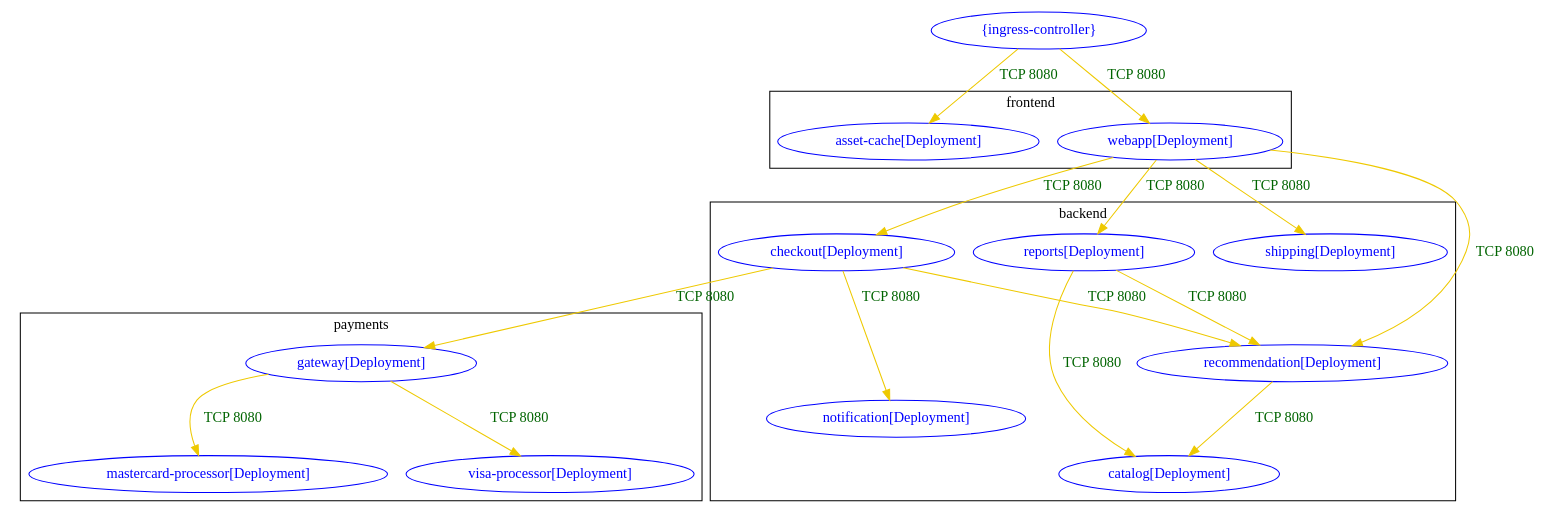
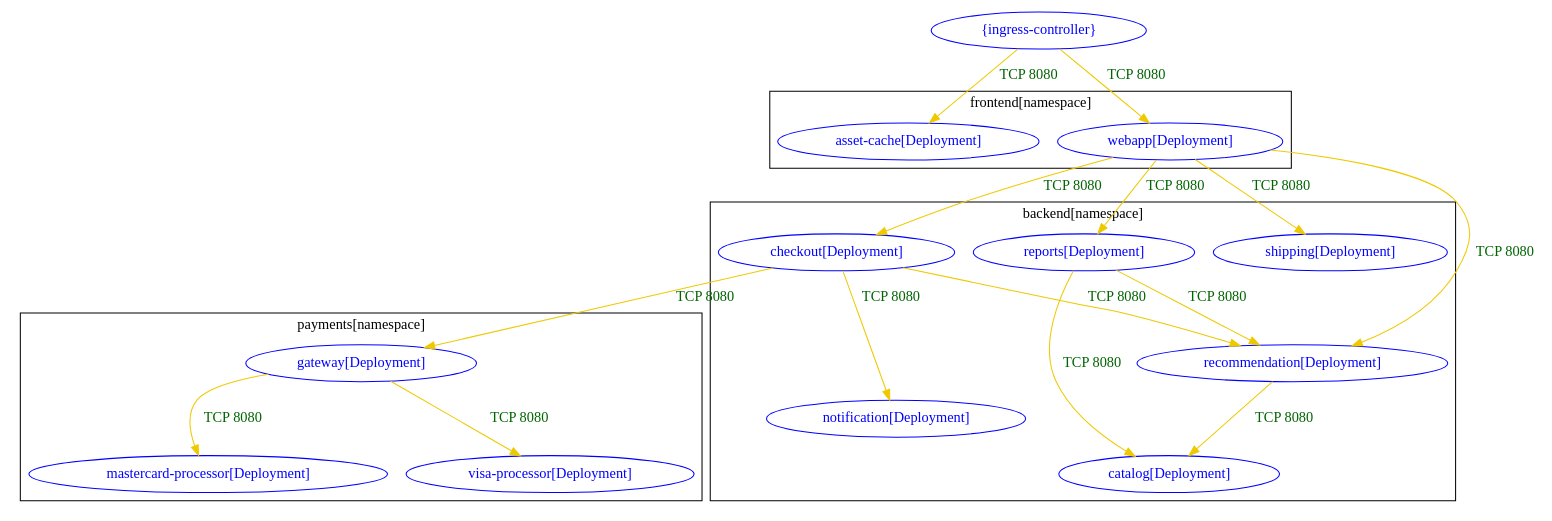
The diagram in test_outputs/connlist/acs-security-demos_connlist_output.dot (np-guard/netpol-analyzer), drawn with Graphviz before and after one commit. The commit also changed 475 other files, not shown here.

Commit message:
dot/graph output : add [namespace] to the namespace group name (unless it is a udn)

```diff
--- a/test_outputs/connlist/acs-security-demos_connlist_output.dot
+++ b/test_outputs/connlist/acs-security-demos_connlist_output.dot
@@ -1,43 +1,43 @@
 digraph {
-	subgraph "cluster_backend" {
+	subgraph "cluster_backend[namespace]" {
 		color="black"
 		fontcolor="black"
 		"backend/catalog[Deployment]" [label="catalog[Deployment]" color="blue" fontcolor="blue"]
 		"backend/checkout[Deployment]" [label="checkout[Deployment]" color="blue" fontcolor="blue"]
 		"backend/notification[Deployment]" [label="notification[Deployment]" color="blue" fontcolor="blue"]
 		"backend/recommendation[Deployment]" [label="recommendation[Deployment]" color="blue" fontcolor="blue"]
 		"backend/reports[Deployment]" [label="reports[Deployment]" color="blue" fontcolor="blue"]
 		"backend/shipping[Deployment]" [label="shipping[Deployment]" color="blue" fontcolor="blue"]
-		label="backend"
+		label="backend[namespace]"
 	}
-	subgraph "cluster_frontend" {
+	subgraph "cluster_frontend[namespace]" {
 		color="black"
 		fontcolor="black"
 		"frontend/asset-cache[Deployment]" [label="asset-cache[Deployment]" color="blue" fontcolor="blue"]
 		"frontend/webapp[Deployment]" [label="webapp[Deployment]" color="blue" fontcolor="blue"]
-		label="frontend"
+		label="frontend[namespace]"
 	}
-	subgraph "cluster_payments" {
+	subgraph "cluster_payments[namespace]" {
 		color="black"
 		fontcolor="black"
 		"payments/gateway[Deployment]" [label="gateway[Deployment]" color="blue" fontcolor="blue"]
 		"payments/mastercard-processor[Deployment]" [label="mastercard-processor[Deployment]" color="blue" fontcolor="blue"]
 		"payments/visa-processor[Deployment]" [label="visa-processor[Deployment]" color="blue" fontcolor="blue"]
-		label="payments"
+		label="payments[namespace]"
 	}
 	"{ingress-controller}" [label="{ingress-controller}" color="blue" fontcolor="blue"]
 	"backend/checkout[Deployment]" -> "backend/notification[Deployment]" [label="TCP 8080" color="gold2" fontcolor="darkgreen" weight=0.5]
 	"backend/checkout[Deployment]" -> "backend/recommendation[Deployment]" [label="TCP 8080" color="gold2" fontcolor="darkgreen" weight=0.5]
 	"backend/checkout[Deployment]" -> "payments/gateway[Deployment]" [label="TCP 8080" color="gold2" fontcolor="darkgreen" weight=0.5]
 	"backend/recommendation[Deployment]" -> "backend/catalog[Deployment]" [label="TCP 8080" color="gold2" fontcolor="darkgreen" weight=1]
 	"backend/reports[Deployment]" -> "backend/catalog[Deployment]" [label="TCP 8080" color="gold2" fontcolor="darkgreen" weight=1]
 	"backend/reports[Deployment]" -> "backend/recommendation[Deployment]" [label="TCP 8080" color="gold2" fontcolor="darkgreen" weight=1]
 	"frontend/webapp[Deployment]" -> "backend/checkout[Deployment]" [label="TCP 8080" color="gold2" fontcolor="darkgreen" weight=1]
 	"frontend/webapp[Deployment]" -> "backend/recommendation[Deployment]" [label="TCP 8080" color="gold2" fontcolor="darkgreen" weight=1]
 	"frontend/webapp[Deployment]" -> "backend/reports[Deployment]" [label="TCP 8080" color="gold2" fontcolor="darkgreen" weight=1]
 	"frontend/webapp[Deployment]" -> "backend/shipping[Deployment]" [label="TCP 8080" color="gold2" fontcolor="darkgreen" weight=1]
 	"payments/gateway[Deployment]" -> "payments/mastercard-processor[Deployment]" [label="TCP 8080" color="gold2" fontcolor="darkgreen" weight=0.5]
 	"payments/gateway[Deployment]" -> "payments/visa-processor[Deployment]" [label="TCP 8080" color="gold2" fontcolor="darkgreen" weight=0.5]
 	"{ingress-controller}" -> "frontend/asset-cache[Deployment]" [label="TCP 8080" color="gold2" fontcolor="darkgreen" weight=1]
 	"{ingress-controller}" -> "frontend/webapp[Deployment]" [label="TCP 8080" color="gold2" fontcolor="darkgreen" weight=1]
 }
```
